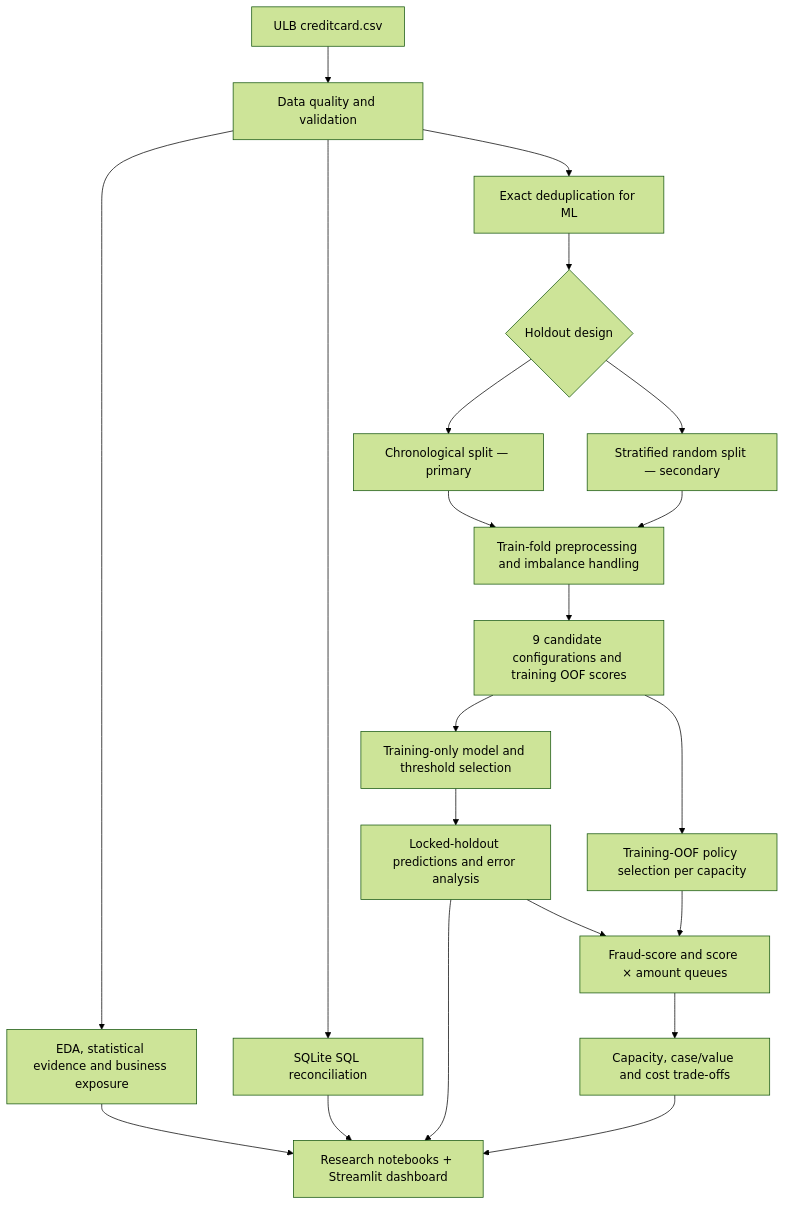
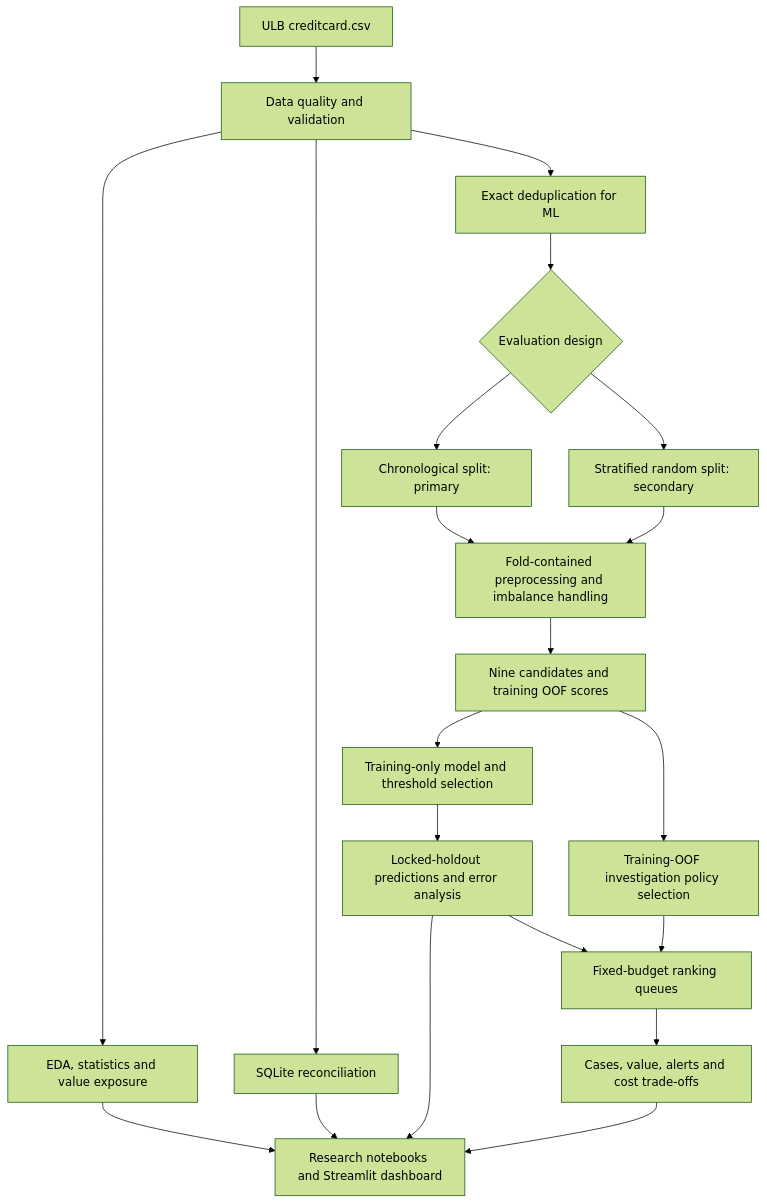
One commit to anandhusuresh04/Credit-Card-Fraud-Analytics changed the diagram in README.md. Above: the diagram before and after it, drawn with Mermaid (forest theme). The commit also changed other lines of this file, not shown here.

Commit message:
Update README with live dashboard and final project documentation

````diff
--- a/README.md
+++ b/README.md
@@ -98,23 +93,23 @@
 ```mermaid
 flowchart TD
     A[ULB creditcard.csv] --> B[Data quality and validation]
-    B --> C[EDA, statistical evidence and business exposure]
-    B --> D[SQLite SQL reconciliation]
+    B --> C[EDA, statistics and value exposure]
+    B --> D[SQLite reconciliation]
     B --> E[Exact deduplication for ML]
-    E --> F{Holdout design}
-    F --> G[Chronological split — primary]
-    F --> H[Stratified random split — secondary]
-    G --> I[Train-fold preprocessing and imbalance handling]
+    E --> F{Evaluation design}
+    F --> G[Chronological split: primary]
+    F --> H[Stratified random split: secondary]
+    G --> I[Fold-contained preprocessing and imbalance handling]
     H --> I
-    I --> J[9 candidate configurations and training OOF scores]
+    I --> J[Nine candidates and training OOF scores]
     J --> K[Training-only model and threshold selection]
     K --> L[Locked-holdout predictions and error analysis]
-    L --> M[Fraud-score and score × amount queues]
-    J --> N[Training-OOF policy selection per capacity]
+    J --> N[Training-OOF investigation policy selection]
+    L --> M[Fixed-budget ranking queues]
     N --> M
-    M --> O[Capacity, case/value and cost trade-offs]
-    C --> P[Research notebooks + Streamlit dashboard]
+    M --> O[Cases, value, alerts and cost trade-offs]
+    C --> P[Research notebooks and Streamlit dashboard]
     D --> P
     L --> P
     O --> P
 ```
````
